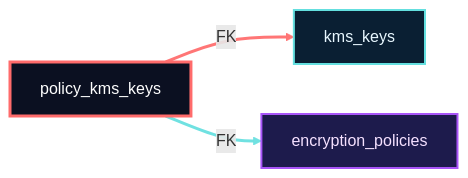
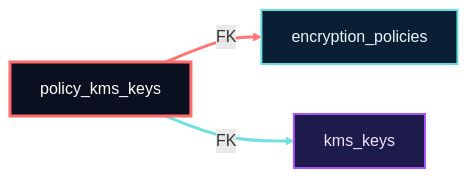
The diagram in README.md (blackcatdatabase/table-policy-kms-keys), drawn with Mermaid before and after one commit. The commit also changed 1 other file, not shown here.

````diff
--- a/README.md
+++ b/README.md
@@ -73,13 +73,13 @@
 ```mermaid
 graph LR
   %% Neon lineage view (auto-parsed from docs/definitions.md)
   classDef center fill:#0b1021,stroke:#ff6b6b,stroke-width:3px,color:#fefefe;
   classDef link fill:#0a1f33,stroke:#64dfdf,stroke-width:2px,color:#e8f7ff;
   classDef accent fill:#1d1b4c,stroke:#a855f7,stroke-width:2px,color:#f5e1ff;
   classDef inbound fill:#0f172a,stroke:#10b981,stroke-width:2px,color:#e2fcef;
   policy_kms_keys["policy_kms_keys"]:::center
-  policy_kms_keys -->|FK| kms_keys["kms_keys"]:::link
-  policy_kms_keys -->|FK| encryption_policies["encryption_policies"]:::accent
+  policy_kms_keys -->|FK| encryption_policies["encryption_policies"]:::link
+  policy_kms_keys -->|FK| kms_keys["kms_keys"]:::accent
   linkStyle 0 stroke:#ff6b6b,stroke-width:3px,opacity:0.92;
   linkStyle 1 stroke:#64dfdf,stroke-width:3px,opacity:0.92;
 ```
````
